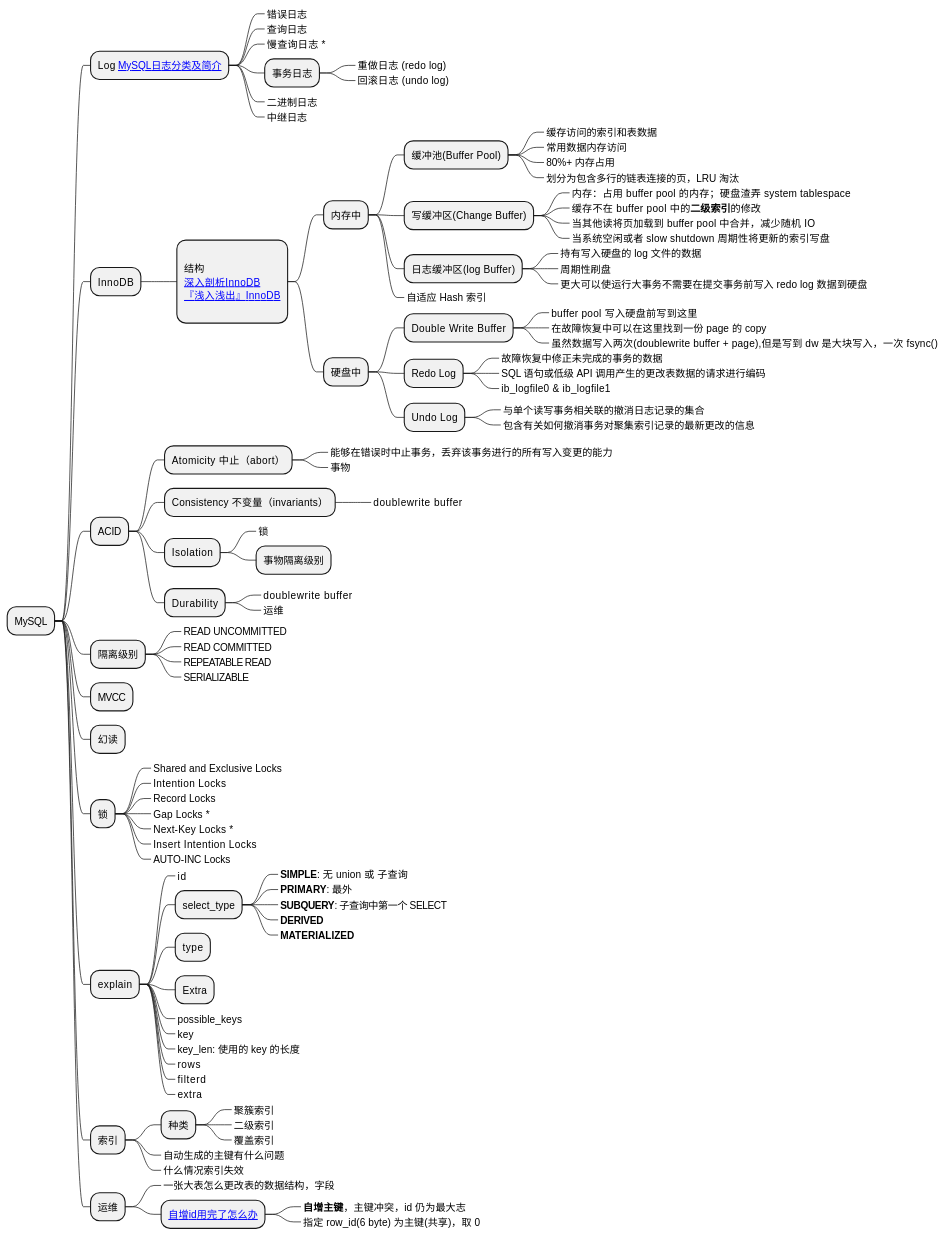
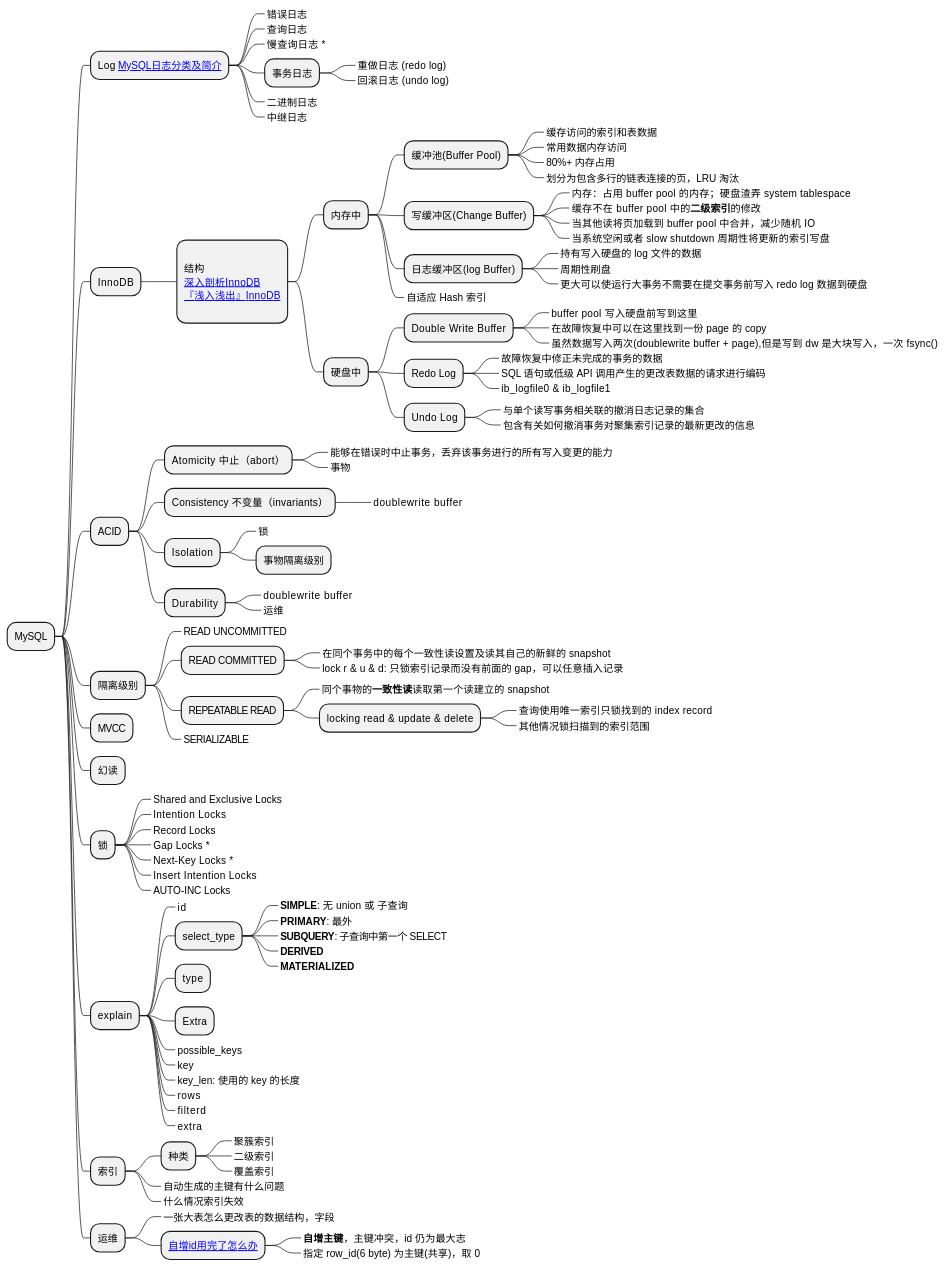
One commit to Gh0st99/Gh0st99.github.io changed the third of 11 diagrams in _posts/2021-05-27-查漏补缺.md. Above: the diagram before and after it, drawn with PlantUML.

Commit message:
查漏补缺

```diff
--- a/_posts/2021-05-27-查漏补缺.md
+++ b/_posts/2021-05-27-查漏补缺.md
@@ -422,8 +422,15 @@
 
 ** 隔离级别
 ***_  READ UNCOMMITTED
-***_  READ COMMITTED
-***_  REPEATABLE READ
+***  READ COMMITTED
+****_ 在同个事务中的每个一致性读设置及读其自己的新鲜的 snapshot
+****_ lock r & u & d: 只锁索引记录而没有前面的 gap，可以任意插入记录
+***  REPEATABLE READ
+****_ 同个事物的**一致性读**读取第一个读建立的 snapshot
+**** locking read & update & delete
+*****_ 查询使用唯一索引只锁找到的 index record
+*****_ 其他情况锁扫描到的索引范围
+
 ***_  SERIALIZABLE
 ** MVCC
 ** 幻读
```
